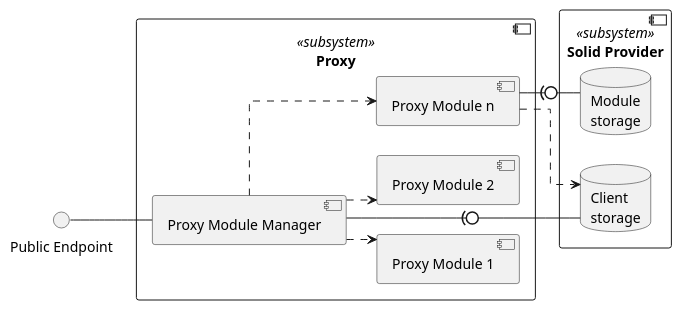
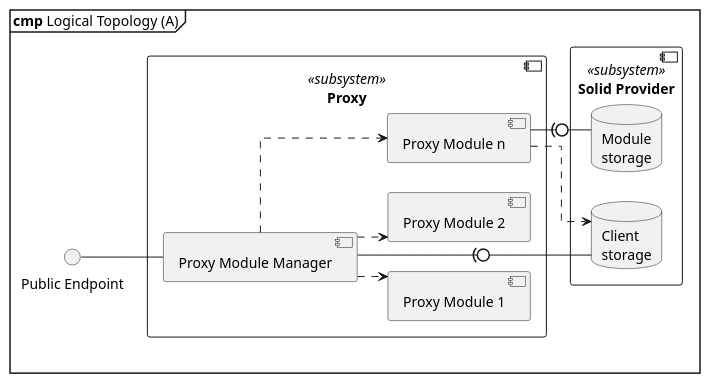
Before and after one commit to guddii/SEACT: the diagram in docs/resources/diagrams/Logical_Topology_A.puml, drawn with PlantUML. The commit also changed 29 other files, not shown here.

```diff
--- a/docs/resources/diagrams/Logical_Topology_A.puml
+++ b/docs/resources/diagrams/Logical_Topology_A.puml
@@ -1,24 +1,25 @@
 @startuml Logical_Topology_A
 left to right direction
 skinparam linetype ortho
 skinparam nodesep 30
 skinparam ranksep 30
+mainframe **cmp** Logical Topology (A)
 interface "Public Endpoint" as PE
 component "Proxy" as proxy <<subsystem>>{
     component "Proxy Module Manager" as MM
     component "Proxy Module 1" as M1
     component "Proxy Module 2" as M2
     component "Proxy Module n" as MN
 }
 component "Solid Provider" as P <<subsystem>>{
     database "Client\nstorage" as CU
     database "Module\nstorage" as SM
 }
 PE -- MM
 MM ..> M1
 MM ..> M2
 MM ..> MN
 MM -(0- CU
 MN -(0- SM
 MN ..> CU
 @enduml
```
